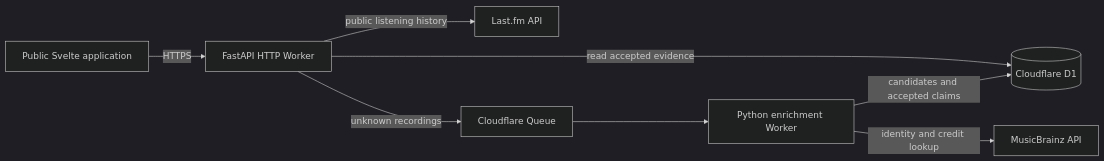
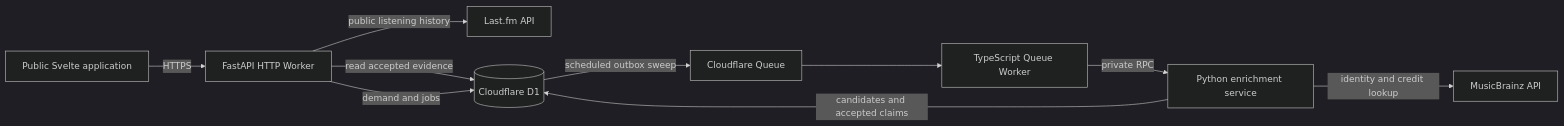
One commit to rosa-gus/timbre-palette changed the diagram in README.md. Above: the diagram before and after it, drawn with Mermaid (dark theme). The commit also changed other lines of this file and 23 other files, not shown here.

First line of the commit message:
feat(api-0.3.2): optimizes queue usage (#1)

````diff
--- a/README.md
+++ b/README.md
@@ -55,10 +55,12 @@
 ```mermaid
 flowchart LR
     Browser[Public Svelte application] -->|HTTPS| API[FastAPI HTTP Worker]
     API -->|public listening history| LastFM[Last.fm API]
     API -->|read accepted evidence| D1[(Cloudflare D1)]
-    API -->|unknown recordings| Queue[Cloudflare Queue]
-    Queue --> Enricher[Python enrichment Worker]
+    API -->|demand and jobs| D1[(Cloudflare D1)]
+    D1 -->|scheduled outbox sweep| Queue[Cloudflare Queue]
+    Queue --> QueueWorker[TypeScript Queue Worker]
+    QueueWorker -->|private RPC| Enricher[Python enrichment service]
     Enricher -->|identity and credit lookup| MusicBrainz[MusicBrainz API]
     Enricher -->|candidates and accepted claims| D1
 ```
````
